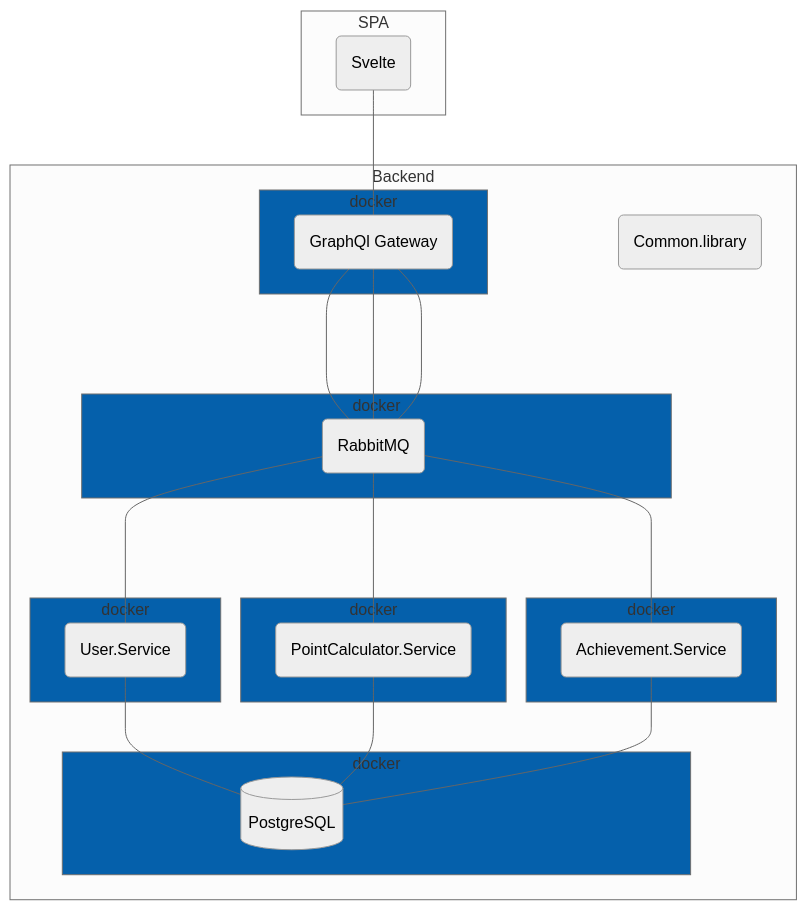
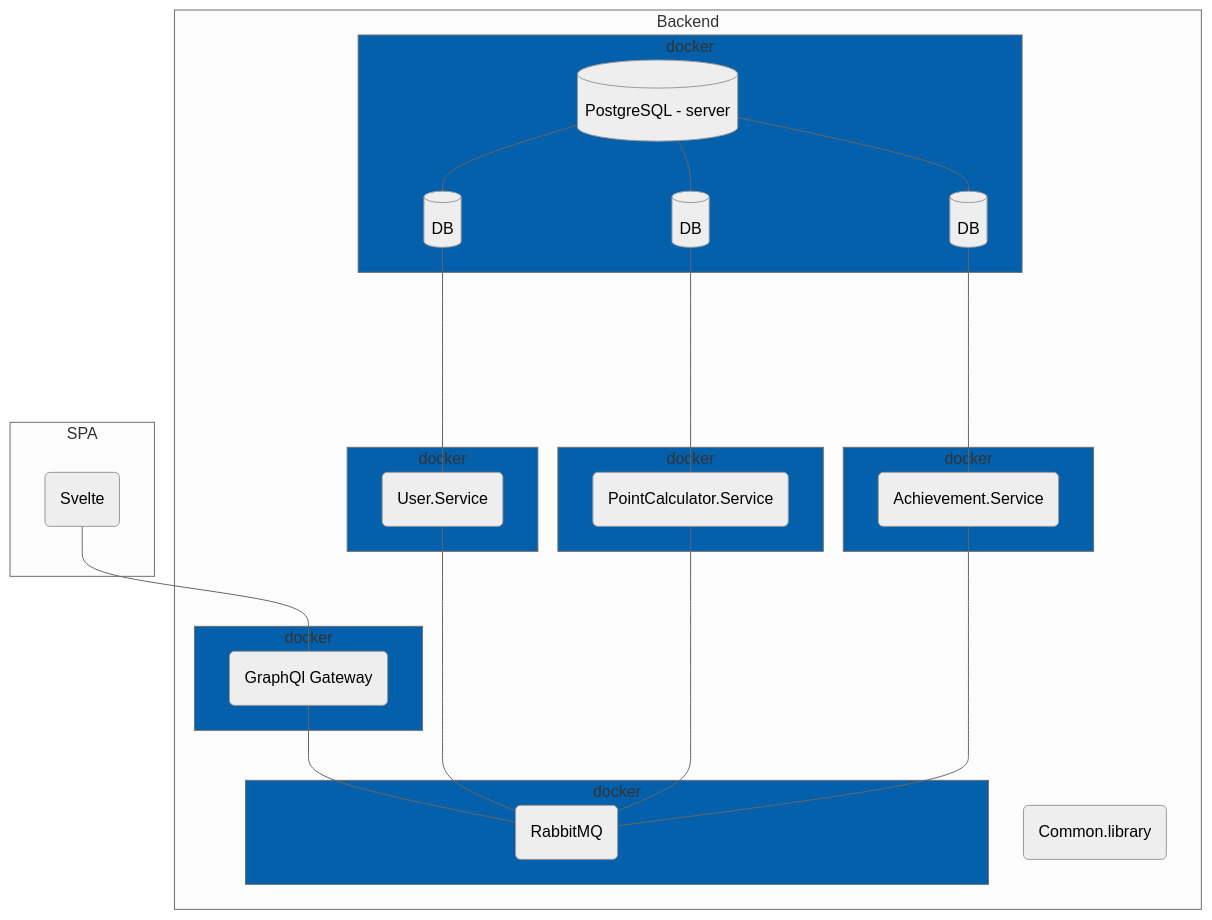
Before and after one commit to IsssE/poppis-achiever: the diagram in docs/architecture.md, drawn with Mermaid (neutral theme).

Commit message:
update architecture

````diff
--- a/docs/architecture.md
+++ b/docs/architecture.md
@@ -3,58 +3,67 @@
 ```mermaid
-    flowchart BT
+    flowchart TD
         subgraph SPA
         A(Svelte)        
         end
         
         subgraph Backend 
         
             subgraph docker.gql [docker]
             gql(GraphQl Gateway)
             end
 
             subgraph docker.user [docker]
             C(User.Service)
             end
             
             subgraph docker.calculator [docker]
             D(PointCalculator.Service)
             end
 
             subgraph docker.achievemnt [docker]
             E(Achievement.Service)
             end
-            
-            subgraph docker.Postgre [docker]
-            G[(PostgreSQL)]
-            end
 
             subgraph docker.Rabbit [docker]
             H(RabbitMQ)
             end
 
+            
+            subgraph docker.Postgre [docker]
+            DB[(PostgreSQL - server)]
+            C.DB[(DB)]
+            D.DB[(DB)]
+            E.DB[(DB)]
+            end
+
         F(Common.library)
         end
-        G --- C
-        G --- D
-        G --- E
 
-        gql --- A 
-              
-        H ---- gql
-        H ---- gql
-        H ---- gql
+        gql --- H
+        
+        A --- gql
+
 
         C ---- H
         D ---- H
         E ---- H
+
+        E.DB ----- E
+        D.DB ----- D
+        C.DB ----- C
+
+        DB---C.DB
+        DB---D.DB
+        DB---E.DB
+              
         
 docker.user:::dockerClass
 docker.calculator:::dockerClass
 docker.achievemnt:::dockerClass
 docker.Postgre:::dockerClass
 docker.Rabbit:::dockerClass
 docker.gql:::dockerClass
 
 classDef dockerClass fill:#0560ab,text-align:left
         
 ```
````
